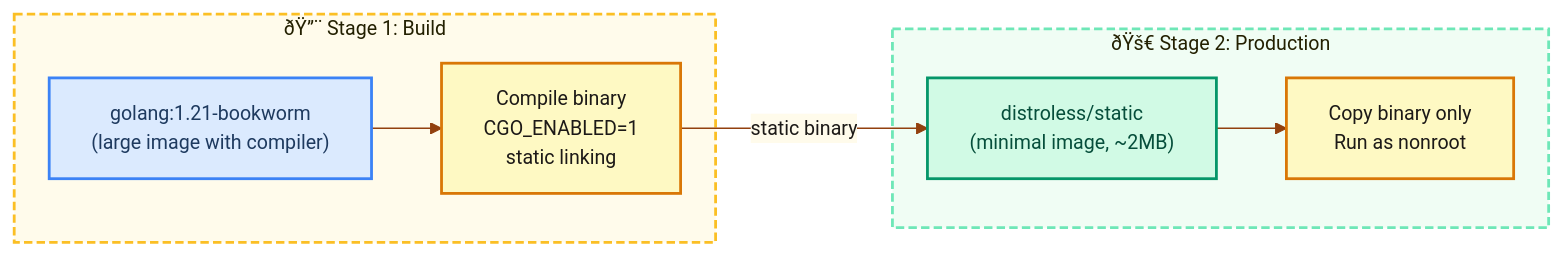
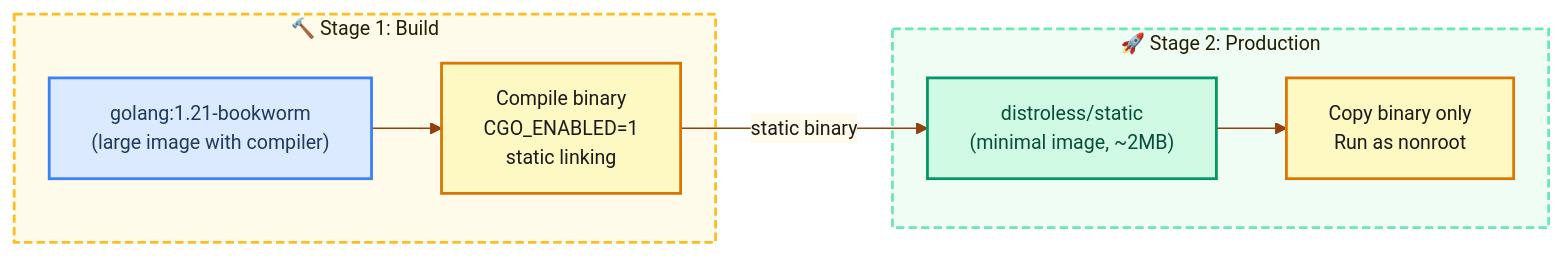
One commit to scovl/ollanta changed diagram 15 of 21 in docs/architecture.md. Above: the diagram before and after it, drawn with Mermaid. The commit also changed other lines of this file and 7 other files, not shown here.

````diff
--- a/docs/architecture.md
+++ b/docs/architecture.md
@@ -1112,37 +1112,37 @@
 ```mermaid
 %%{init: {
   "theme": "base",
   "themeVariables": {
     "primaryColor": "#fef9c3",
     "primaryTextColor": "#1c1917",
     "primaryBorderColor": "#d97706",
     "lineColor": "#92400e",
     "edgeLabelBackground": "#fffbeb",
     "fontFamily": "ui-monospace, monospace",
     "fontSize": "14px",
     "clusterBkg": "#fffbeb",
     "clusterBorder": "#fbbf24"
   }
 }}%%
 flowchart LR
-    subgraph BUILD ["  ðŸ”¨  Stage 1: Build  "]
+    subgraph BUILD ["  🔨  Stage 1: Build  "]
         A["golang:1.21-bookworm\n(large image with compiler)"]:::src
         B["Compile binary\nCGO_ENABLED=1\nstatic linking"]:::step
         A --> B
     end
 
-    subgraph PROD ["  ðŸš€  Stage 2: Production  "]
+    subgraph PROD ["  🚀  Stage 2: Production  "]
         C["distroless/static\n(minimal image, ~2MB)"]:::out
         D["Copy binary only\nRun as nonroot"]:::step
         C --> D
     end
 
     B -->|"static binary"| C
 
     classDef src  fill:#dbeafe,stroke:#3b82f6,stroke-width:2px,color:#1e3a5f
     classDef step fill:#fef9c3,stroke:#d97706,stroke-width:2px,color:#1c1917
     classDef out  fill:#d1fae5,stroke:#059669,stroke-width:2px,color:#064e3b
 
     style BUILD fill:#fffbeb,stroke:#fbbf24,stroke-width:2px,stroke-dasharray:6 3
     style PROD  fill:#f0fdf4,stroke:#6ee7b7,stroke-width:2px,stroke-dasharray:6 3
 ```
````
